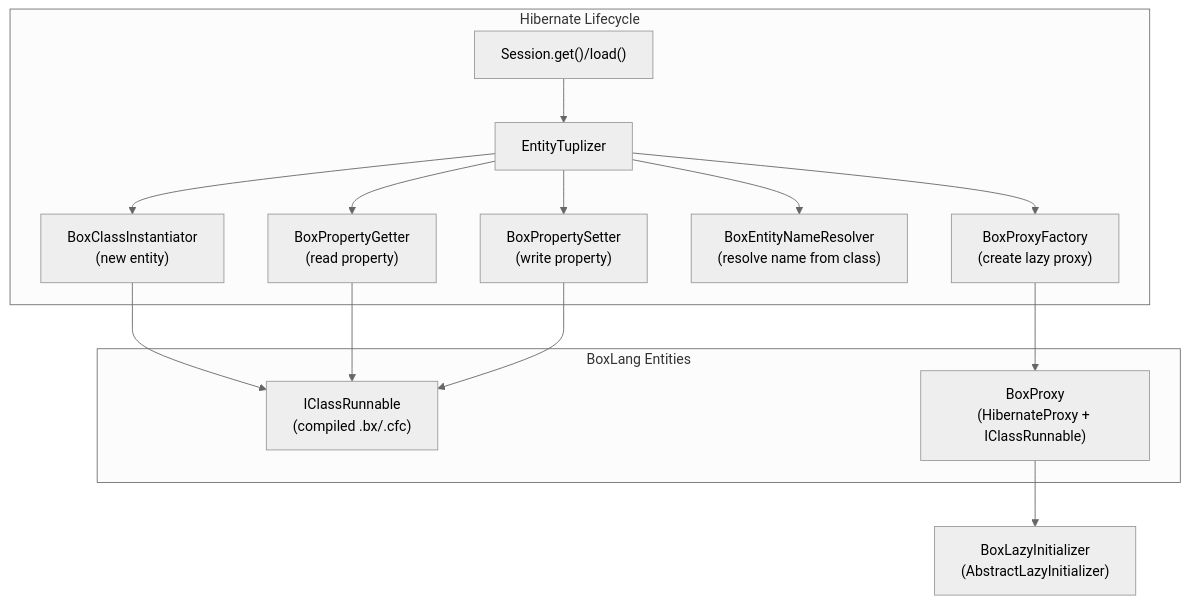
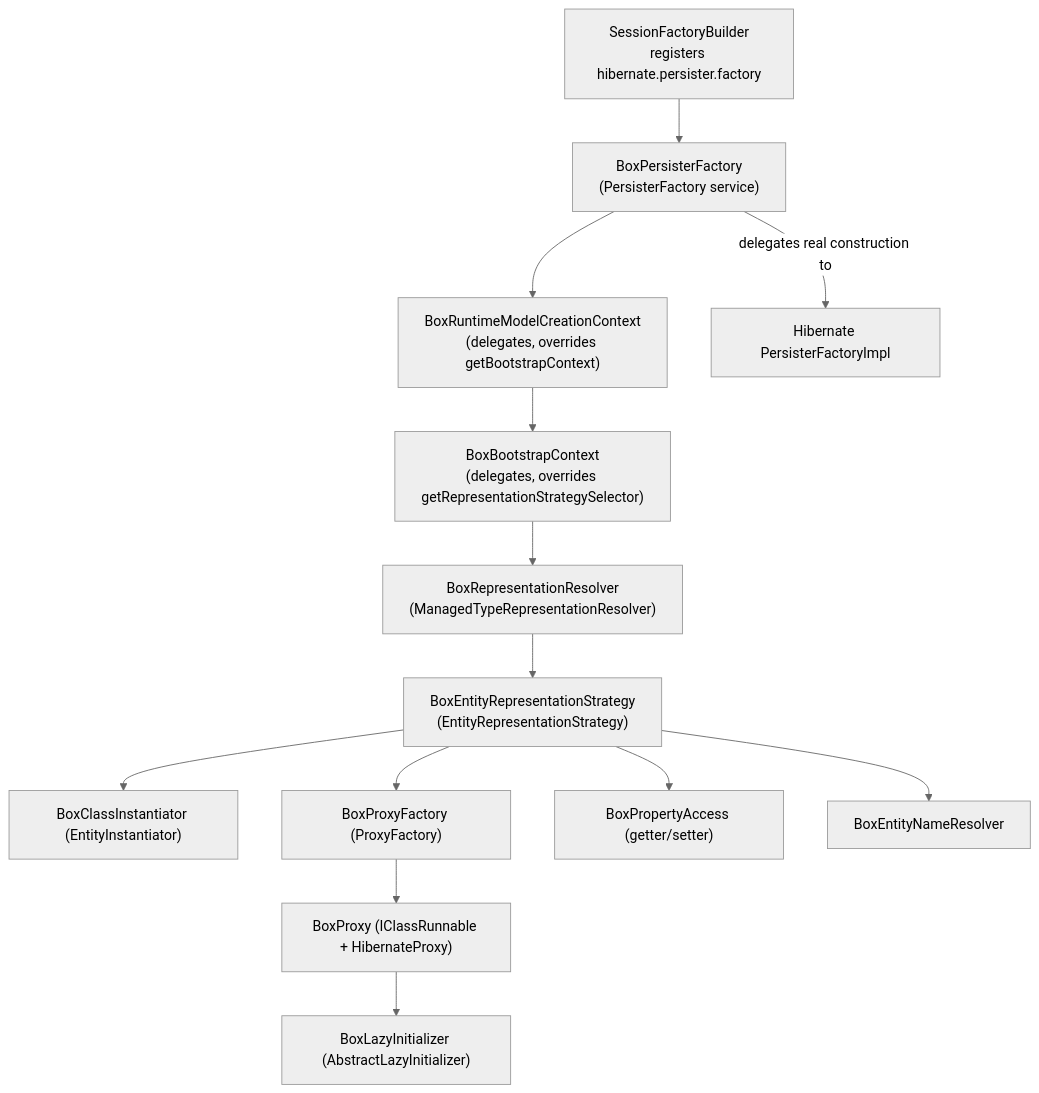
One commit to ortus-boxlang/bx-orm changed the diagram in .agents/skills-custom/bx-orm-hibernate-bridge/SKILL.md. Above: the diagram before and after it, drawn with Mermaid (neutral theme). The commit also changed other lines of this file and 2 other files, not shown here.

First line of the commit message:
Update bx-orm docs and skills for the Hibernate 7 representation-strategy bridge

````diff
--- a/.agents/skills-custom/bx-orm-hibernate-bridge/SKILL.md
+++ b/.agents/skills-custom/bx-orm-hibernate-bridge/SKILL.md
@@ -20,20 +22,15 @@
 ```mermaid
 flowchart TB
-    subgraph "Hibernate Lifecycle"
-        A["Session.get()/load()"] --> B["EntityTuplizer"]
-        B --> C["BoxClassInstantiator<br/>(new entity)"]
-        B --> D["BoxPropertyGetter<br/>(read property)"]
-        B --> E["BoxPropertySetter<br/>(write property)"]
-        B --> F["BoxEntityNameResolver<br/>(resolve name from class)"]
-        B --> G["BoxProxyFactory<br/>(create lazy proxy)"]
-    end
-    subgraph "BoxLang Entities"
-        H["IClassRunnable<br/>(compiled .bx/.cfc)"]
-        I["BoxProxy<br/>(HibernateProxy + IClassRunnable)"]
-    end
-    G --> I
-    I --> J["BoxLazyInitializer<br/>(AbstractLazyInitializer)"]
-    C --> H
-    D --> H
-    E --> H
+    SFB["SessionFactoryBuilder<br/>registers hibernate.persister.factory"] --> PF["BoxPersisterFactory<br/>(PersisterFactory service)"]
+    PF --> RMCC["BoxRuntimeModelCreationContext<br/>(delegates, overrides getBootstrapContext)"]
+    RMCC --> BC["BoxBootstrapContext<br/>(delegates, overrides getRepresentationStrategySelector)"]
+    BC --> RES["BoxRepresentationResolver<br/>(ManagedTypeRepresentationResolver)"]
+    RES --> STRAT["BoxEntityRepresentationStrategy<br/>(EntityRepresentationStrategy)"]
+    PF -->|delegates real construction to| IMPL["Hibernate PersisterFactoryImpl"]
+    STRAT --> INST["BoxClassInstantiator (EntityInstantiator)"]
+    STRAT --> PROXY["BoxProxyFactory (ProxyFactory)"]
+    STRAT --> ACCESS["BoxPropertyAccess (getter/setter)"]
+    STRAT --> NAMES["BoxEntityNameResolver"]
+    PROXY --> BP["BoxProxy (IClassRunnable + HibernateProxy)"]
+    BP --> LI["BoxLazyInitializer (AbstractLazyInitializer)"]
 ```
````
